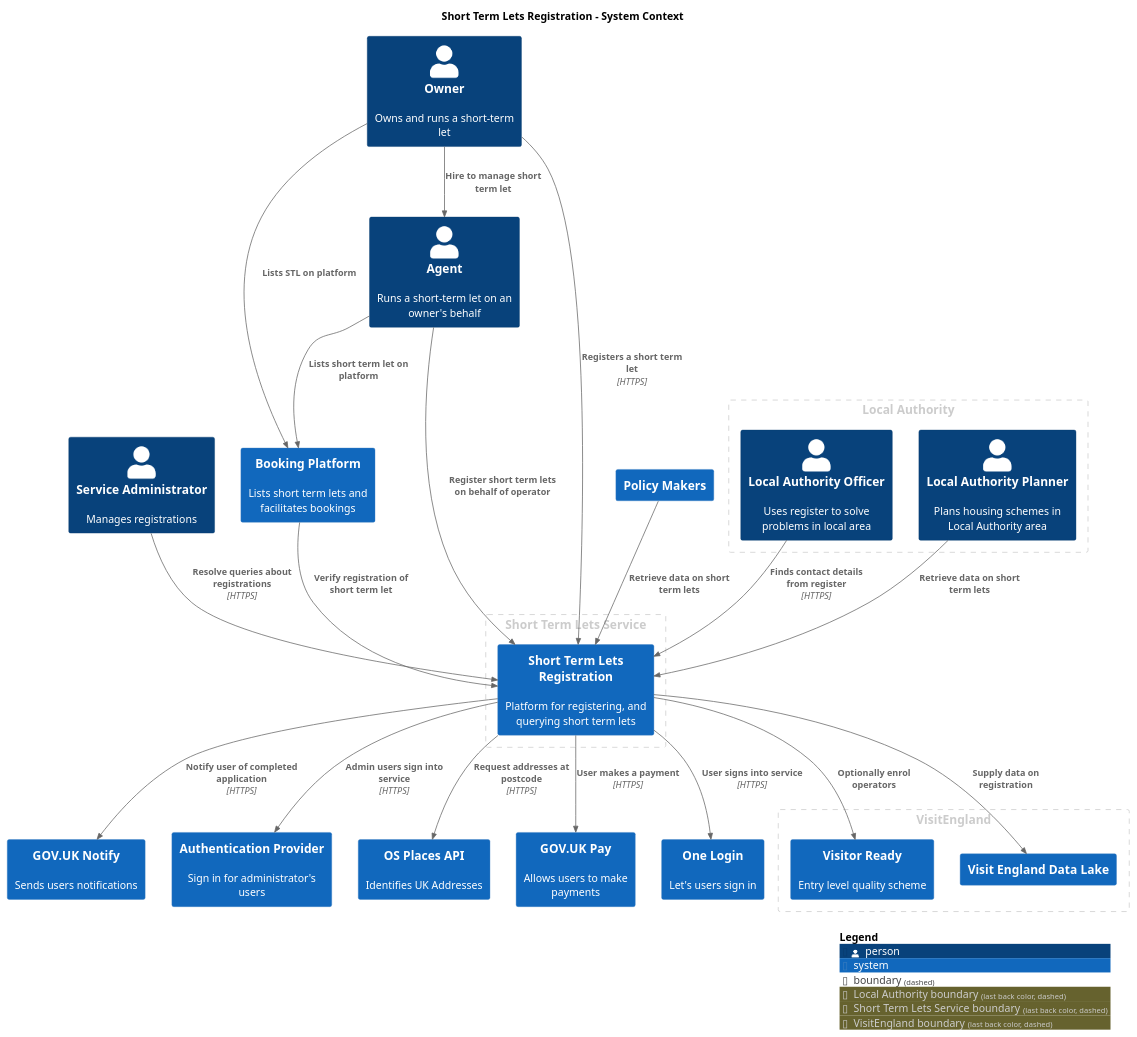
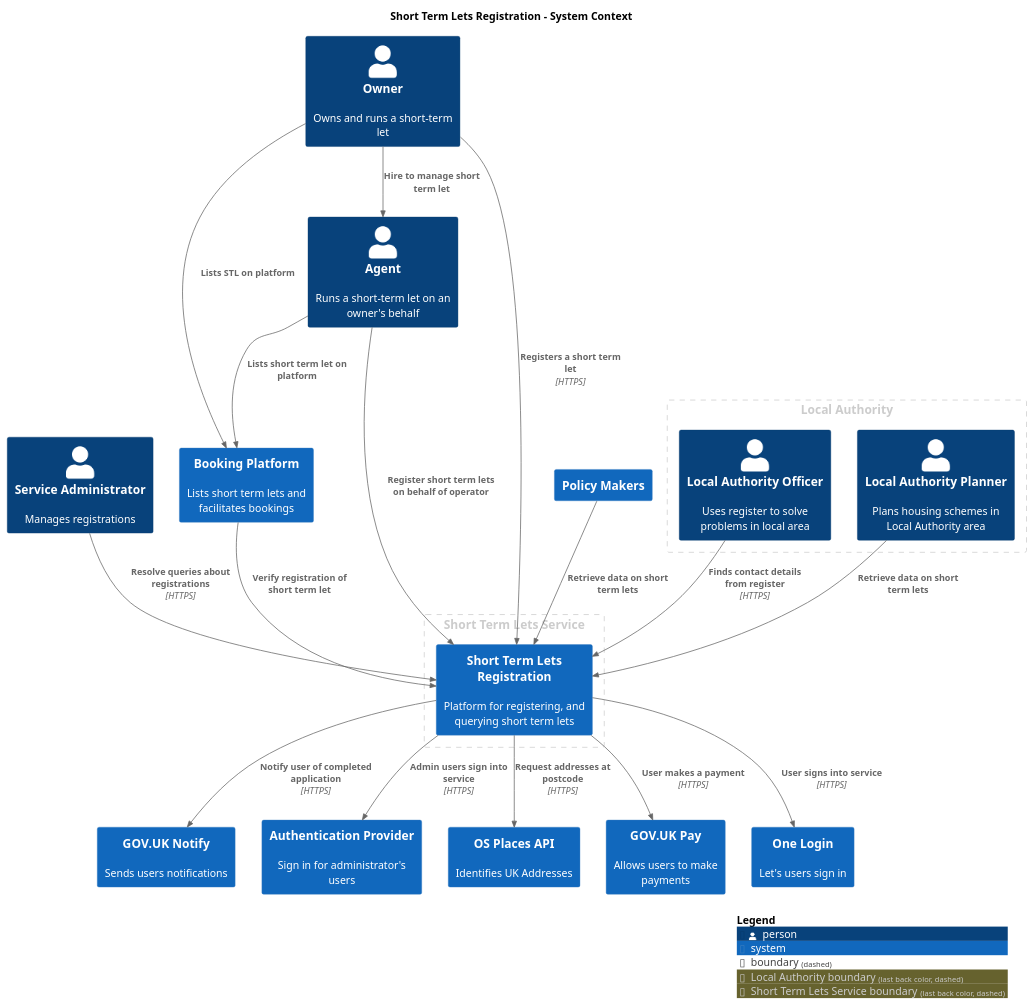
The diagram in main/puml/SystemContext-001.puml (DCMSstats/stl-architecture), drawn with PlantUML before and after one commit. The commit also changed 95 other files, not shown here.

Commit message:
Deploying to gh-pages from @ DCMSstats/stl-architecture@d3fd55052cc42264d186ac8951d5bf9b876d4b16 🚀

```diff
--- a/main/puml/SystemContext-001.puml
+++ b/main/puml/SystemContext-001.puml
@@ -1,57 +1,49 @@
 @startuml
 set separator none
 title Short Term Lets Registration - System Context
 
 top to bottom direction
 
 !include <C4/C4>
 !include <C4/C4_Context>
 
 AddBoundaryTag("Local Authority", $borderColor="#cccccc", $fontColor="#cccccc", $borderStyle="dashed")
 Boundary(group_1, "Local Authority", $tags="Local Authority") {
   Person(LocalAuthorityPlanner, "Local Authority Planner", $descr="Plans housing schemes in Local Authority area", $tags="", $link="")
   Person(LocalAuthorityOfficer, "Local Authority Officer", $descr="Uses register to solve problems in local area", $tags="", $link="")
 }
 
 AddBoundaryTag("Short Term Lets Service", $borderColor="#cccccc", $fontColor="#cccccc", $borderStyle="dashed")
 Boundary(group_2, "Short Term Lets Service", $tags="Short Term Lets Service") {
   System(ShortTermLetsRegistration, "Short Term Lets Registration", $descr="Platform for registering, and querying short term lets", $tags="", $link="")
 }
 
-AddBoundaryTag("VisitEngland", $borderColor="#cccccc", $fontColor="#cccccc", $borderStyle="dashed")
-Boundary(group_3, "VisitEngland", $tags="VisitEngland") {
-  System(VisitEnglandDataLake, "Visit England Data Lake", $descr="", $tags="", $link="")
-  System(VisitorReady, "Visitor Ready", $descr="Entry level quality scheme", $tags="", $link="")
-}
-
 Person(ServiceAdministrator, "Service Administrator", $descr="Manages registrations", $tags="", $link="")
 System(GOVUKNotify, "GOV.UK Notify", $descr="Sends users notifications", $tags="", $link="")
 System(AuthenticationProvider, "Authentication Provider", $descr="Sign in for administrator's users", $tags="", $link="")
 System(OSPlacesAPI, "OS Places API", $descr="Identifies UK Addresses", $tags="", $link="")
 Person(Owner, "Owner", $descr="Owns and runs a short-term let", $tags="", $link="")
 Person(Agent, "Agent", $descr="Runs a short-term let on an owner's behalf", $tags="", $link="")
 System(BookingPlatform, "Booking Platform", $descr="Lists short term lets and facilitates bookings", $tags="", $link="")
 System(PolicyMakers, "Policy Makers", $descr="", $tags="", $link="")
 System(GOVUKPay, "GOV.UK Pay", $descr="Allows users to make payments", $tags="", $link="")
 System(OneLogin, "One Login", $descr="Let's users sign in", $tags="", $link="")
 
 Rel(Owner, Agent, "Hire to manage short term let", $techn="", $tags="", $link="")
 Rel(Owner, BookingPlatform, "Lists STL on platform", $techn="", $tags="", $link="")
 Rel(Agent, ShortTermLetsRegistration, "Register short term lets on behalf of operator", $techn="", $tags="", $link="")
 Rel(Agent, BookingPlatform, "Lists short term let on platform", $techn="", $tags="", $link="")
 Rel(BookingPlatform, ShortTermLetsRegistration, "Verify registration of short term let", $techn="", $tags="", $link="")
 Rel(LocalAuthorityPlanner, ShortTermLetsRegistration, "Retrieve data on short term lets", $techn="", $tags="", $link="")
-Rel(ShortTermLetsRegistration, VisitorReady, "Optionally enrol operators", $techn="", $tags="", $link="")
-Rel(ShortTermLetsRegistration, VisitEnglandDataLake, "Supply data on registration", $techn="", $tags="", $link="")
 Rel(PolicyMakers, ShortTermLetsRegistration, "Retrieve data on short term lets", $techn="", $tags="", $link="")
 Rel(Owner, ShortTermLetsRegistration, "Registers a short term let", $techn="HTTPS", $tags="", $link="")
 Rel(ServiceAdministrator, ShortTermLetsRegistration, "Resolve queries about registrations", $techn="HTTPS", $tags="", $link="")
 Rel(LocalAuthorityOfficer, ShortTermLetsRegistration, "Finds contact details from register", $techn="HTTPS", $tags="", $link="")
 Rel(ShortTermLetsRegistration, GOVUKPay, "User makes a payment", $techn="HTTPS", $tags="", $link="")
 Rel(ShortTermLetsRegistration, OneLogin, "User signs into service", $techn="HTTPS", $tags="", $link="")
 Rel(ShortTermLetsRegistration, AuthenticationProvider, "Admin users sign into service", $techn="HTTPS", $tags="", $link="")
 Rel(ShortTermLetsRegistration, GOVUKNotify, "Notify user of completed application", $techn="HTTPS", $tags="", $link="")
 Rel(ShortTermLetsRegistration, OSPlacesAPI, "Request addresses at postcode", $techn="HTTPS", $tags="", $link="")
 
 SHOW_LEGEND(true)
 @enduml
```
